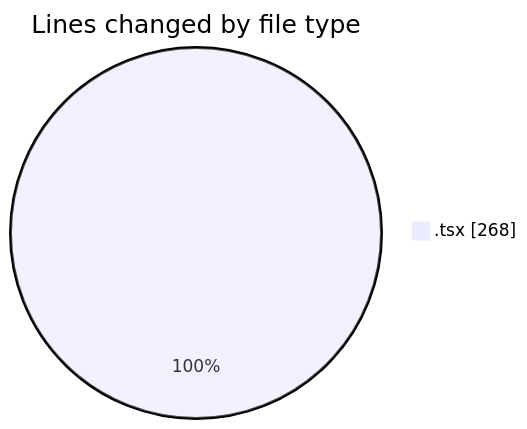
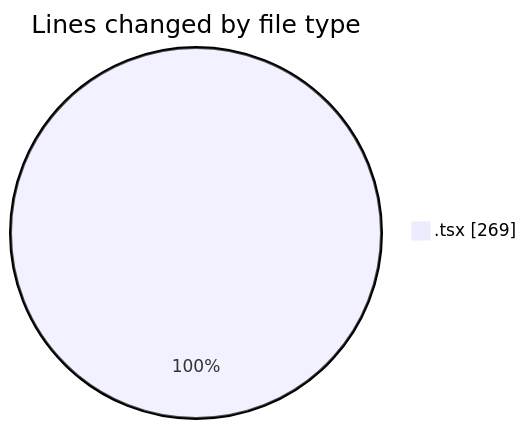
The first of 2 diagrams in 2025-09-15/cda/README.md (momahboobian/code-tracking), drawn with Mermaid before and after one commit. The commit also changed other lines of this file and 1 other file, not shown here.

````diff
--- a/2025-09-15/cda/README.md
+++ b/2025-09-15/cda/README.md
@@ -20,5 +20,5 @@
 ```mermaid
 pie showData
 title Lines changed by file type
-".tsx" : 268
+".tsx" : 269
 ```
````
